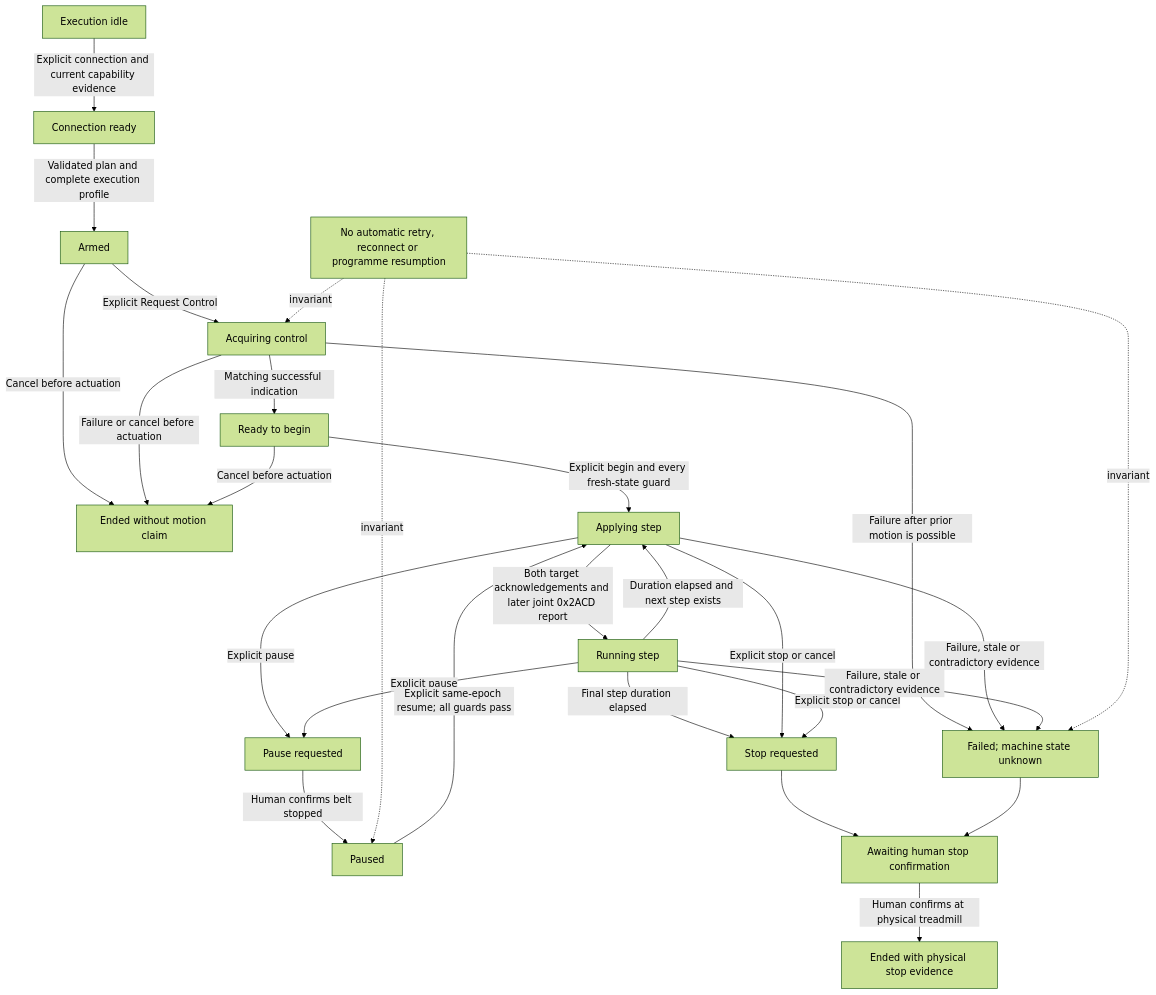
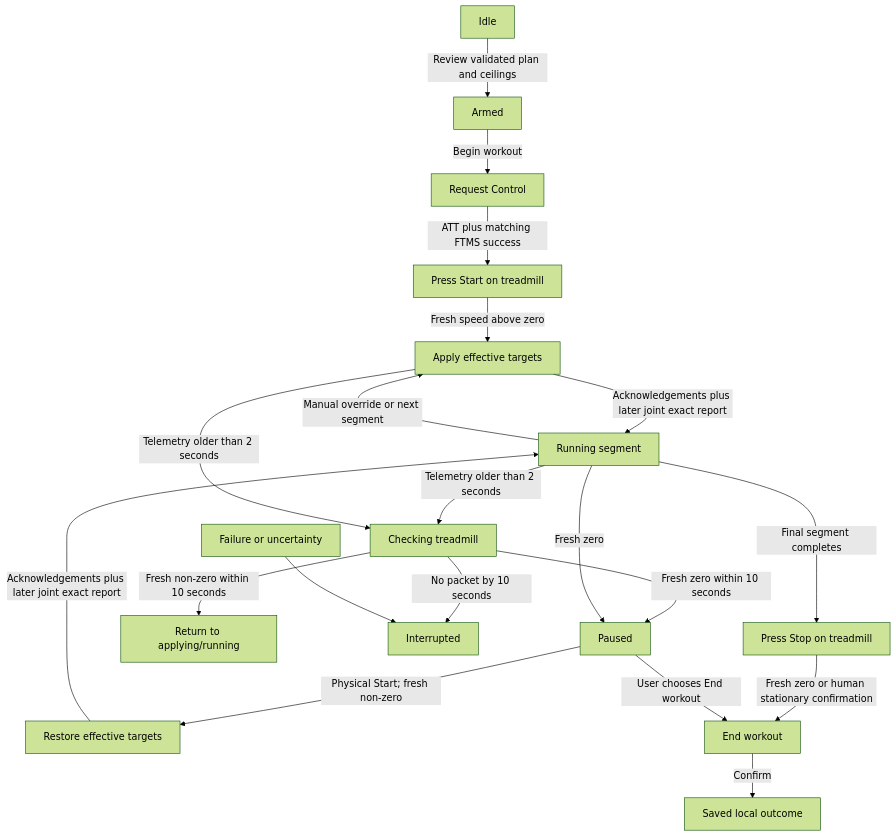
One commit to syamaner/paceprompt-ios changed the diagram in design/safety-gated-workout-execution-state-machine.md. Above: the diagram before and after it, drawn with Mermaid (forest theme). The commit also changed other lines of this file and 6 other files, not shown here.

First line of the commit message:
docs: define FR30z physical-console profile

````diff
--- a/design/safety-gated-workout-execution-state-machine.md
+++ b/design/safety-gated-workout-execution-state-machine.md
@@ -123,31 +125,23 @@
 ```mermaid
 flowchart TD
-    IDLE[Execution idle] -->|Explicit connection and current capability evidence| READY[Connection ready]
-    READY -->|Validated plan and complete execution profile| ARMED[Armed]
-    ARMED -->|Explicit Request Control| CONTROL[Acquiring control]
-    ARMED -->|Cancel before actuation| ENDED[Ended without motion claim]
-    CONTROL -->|Matching successful indication| BEGIN[Ready to begin]
-    CONTROL -->|Failure or cancel before actuation| ENDED
-    BEGIN -->|Explicit begin and every fresh-state guard| APPLY[Applying step]
-    BEGIN -->|Cancel before actuation| ENDED
-    APPLY -->|Both target acknowledgements and later joint 0x2ACD report| RUN[Running step]
-    RUN -->|Duration elapsed and next step exists| APPLY
-    RUN -->|Final step duration elapsed| STOP[Stop requested]
-    APPLY -->|Explicit stop or cancel| STOP
-    RUN -->|Explicit stop or cancel| STOP
-    APPLY -->|Explicit pause| PAUSE[Pause requested]
-    RUN -->|Explicit pause| PAUSE
-    PAUSE -->|Human confirms belt stopped| PAUSED[Paused]
-    PAUSED -->|Explicit same-epoch resume; all guards pass| APPLY
-    CONTROL -->|Failure after prior motion is possible| FAILED[Failed; machine state unknown]
-    APPLY -->|Failure, stale or contradictory evidence| FAILED
-    RUN -->|Failure, stale or contradictory evidence| FAILED
-    STOP --> HUMAN[Awaiting human stop confirmation]
-    FAILED --> HUMAN
-    HUMAN -->|Human confirms at physical treadmill| ENDED2[Ended with physical stop evidence]
+    IDLE[Idle] -->|Review validated plan and ceilings| ARMED[Armed]
+    ARMED -->|Begin workout| CONTROL[Request Control]
+    CONTROL -->|ATT plus matching FTMS success| WAIT[Press Start on treadmill]
+    WAIT -->|Fresh speed above zero| APPLY[Apply effective targets]
+    APPLY -->|Acknowledgements plus later joint exact report| RUN[Running segment]
+    RUN -->|Manual override or next segment| APPLY
+    RUN -->|Telemetry older than 2 seconds| CHECK[Checking treadmill]
+    APPLY -->|Telemetry older than 2 seconds| CHECK
+    CHECK -->|Fresh zero within 10 seconds| PAUSED[Paused]
+    CHECK -->|Fresh non-zero within 10 seconds| PREV[Return to applying/running]
+    CHECK -->|No packet by 10 seconds| INTERRUPTED[Interrupted]
+    RUN -->|Fresh zero| PAUSED
+    PAUSED -->|Physical Start; fresh non-zero| RESTORE[Restore effective targets]
+    RESTORE -->|Acknowledgements plus later joint exact report| RUN
+    RUN -->|Final segment completes| COMPLETE[Press Stop on treadmill]
+    COMPLETE -->|Fresh zero or human stationary confirmation| ENDREADY[End workout]
+    PAUSED -->|User chooses End workout| ENDREADY
+    ENDREADY -->|Confirm| ENDED[Saved local outcome]
 
-    NOAUTO[No automatic retry, reconnect or programme resumption]
-    NOAUTO -. invariant .-> CONTROL
-    NOAUTO -. invariant .-> PAUSED
-    NOAUTO -. invariant .-> FAILED
+    FAIL[Failure or uncertainty] --> INTERRUPTED
 ```
````
